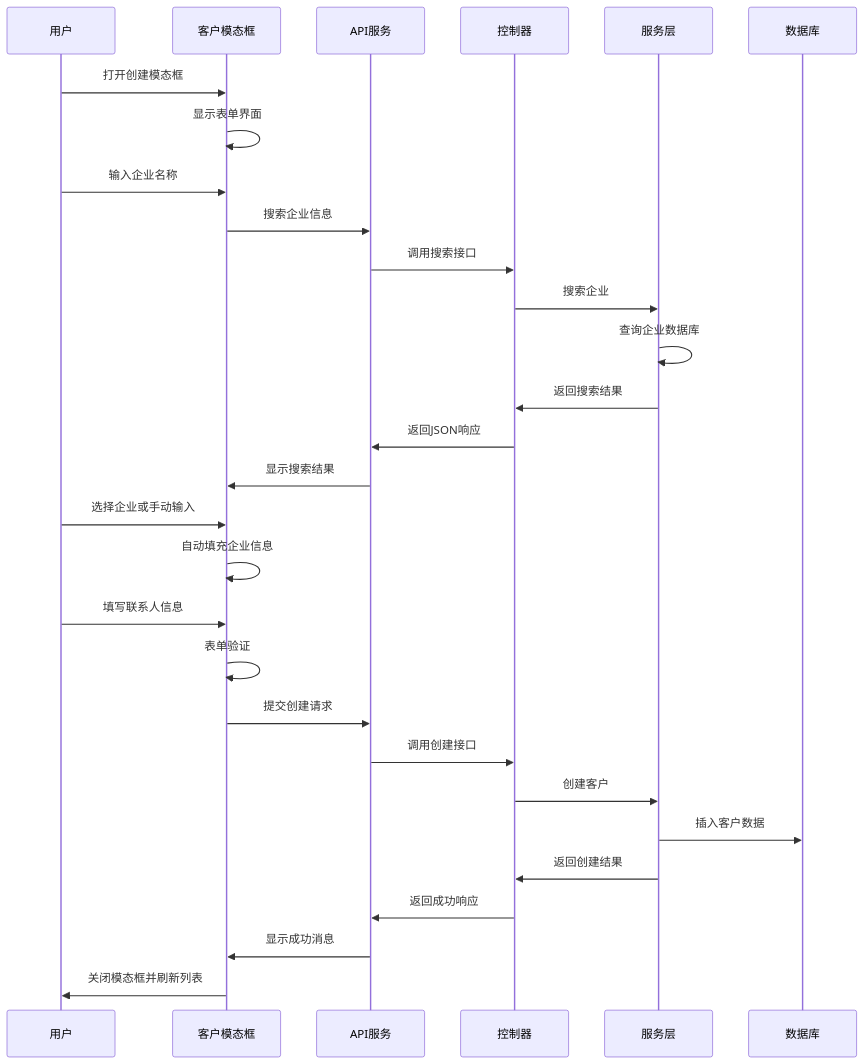
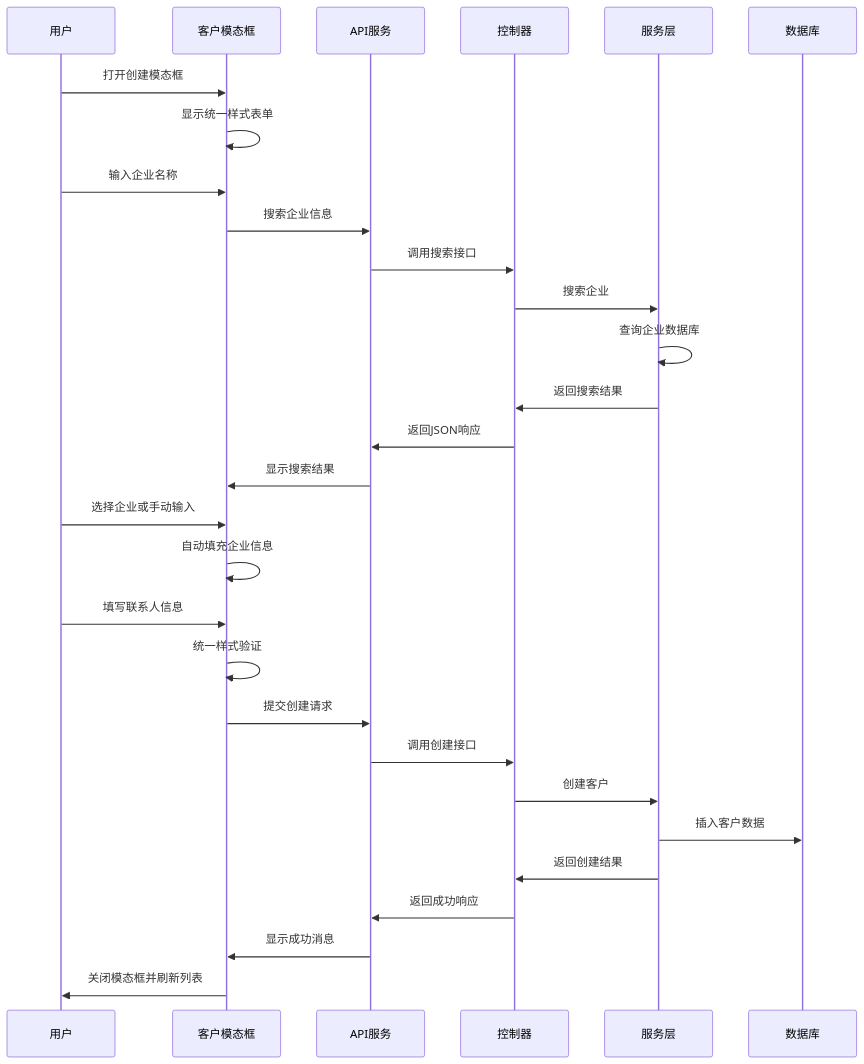
Before and after one commit to xianjianshenqu/SalesFlow-CRM: the fifth of 8 diagrams in .qoder/repowiki/zh/content/核心组件/客户创建模态框增强功能.md, drawn with Mermaid. The commit also changed other lines of this file and 11 other files, not shown here.

````diff
--- a/.qoder/repowiki/zh/content/核心组件/客户创建模态框增强功能.md
+++ b/.qoder/repowiki/zh/content/核心组件/客户创建模态框增强功能.md
@@ -244,31 +359,31 @@
 ```mermaid
 sequenceDiagram
 participant User as 用户
 participant Modal as 客户模态框
 participant API as API服务
 participant Controller as 控制器
 participant Service as 服务层
 participant DB as 数据库
 User->>Modal : 打开创建模态框
-Modal->>Modal : 显示表单界面
+Modal->>Modal : 显示统一样式表单
 User->>Modal : 输入企业名称
 Modal->>API : 搜索企业信息
 API->>Controller : 调用搜索接口
 Controller->>Service : 搜索企业
 Service->>Service : 查询企业数据库
 Service->>Controller : 返回搜索结果
 Controller->>API : 返回JSON响应
 API->>Modal : 显示搜索结果
 User->>Modal : 选择企业或手动输入
 Modal->>Modal : 自动填充企业信息
 User->>Modal : 填写联系人信息
-Modal->>Modal : 表单验证
+Modal->>Modal : 统一样式验证
 Modal->>API : 提交创建请求
 API->>Controller : 调用创建接口
 Controller->>Service : 创建客户
 Service->>DB : 插入客户数据
 Service->>Controller : 返回创建结果
 Controller->>API : 返回成功响应
 API->>Modal : 显示成功消息
 Modal->>User : 关闭模态框并刷新列表
 ```
````
